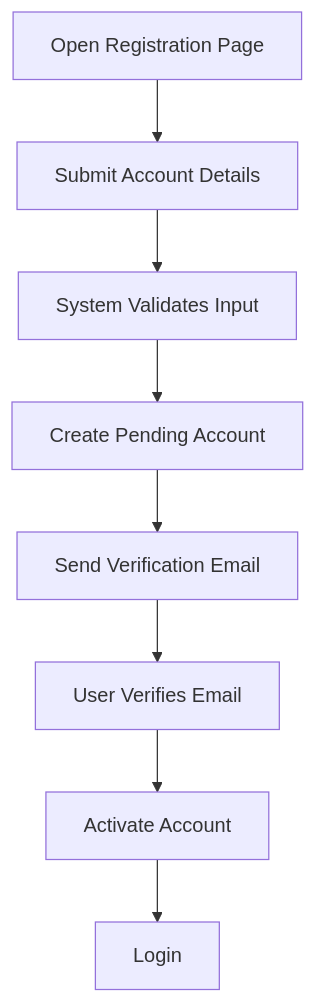
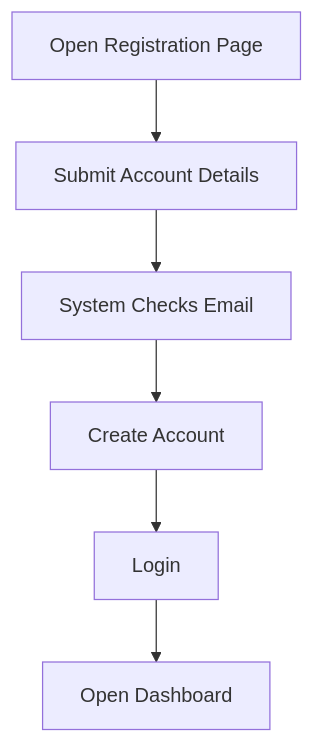
The first of 15 diagrams in part-i/Use-Cases.md (wingkit123/QuestLearn), drawn with Mermaid before and after one commit. The commit also changed other lines of this file and 9 other files, not shown here.

Commit message:
Standardize QuestLearn MVP documentation: remove cut features (email verification, badges, streaks, alerts) and synchronize all part-i files

````diff
--- a/part-i/Use-Cases.md
+++ b/part-i/Use-Cases.md
@@ -349,10 +334,8 @@
 ```mermaid
 flowchart TD
     A[Open Registration Page] --> B[Submit Account Details]
-    B --> C[System Validates Input]
-    C --> D[Create Pending Account]
-    D --> E[Send Verification Email]
-    E --> F[User Verifies Email]
-    F --> G[Activate Account]
-    G --> H[Login]
+    B --> C[System Checks Email]
+    C --> D[Create Account]
+    D --> E[Login]
+    E --> F[Open Dashboard]
 ```
````
